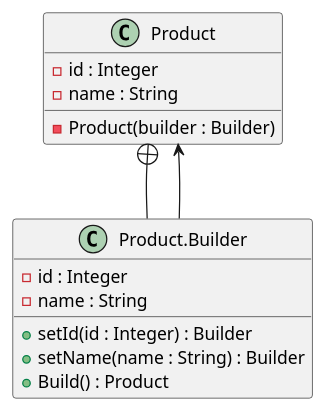
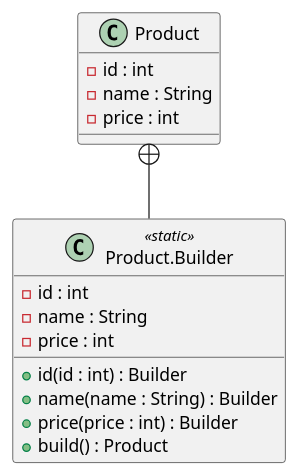
One commit to Rishikesh75/Coding changed the diagram in LLD/DesignPatterns/CreationalDesignPatterns/UMLDiagrams/BuilderDesignPattern.puml. Above: the diagram before and after it, drawn with PlantUML. The commit also changed 60 other files, not shown here.

```diff
--- a/LLD/DesignPatterns/CreationalDesignPatterns/UMLDiagrams/BuilderDesignPattern.puml
+++ b/LLD/DesignPatterns/CreationalDesignPatterns/UMLDiagrams/BuilderDesignPattern.puml
@@ -1,26 +1,18 @@
-@startuml
-
-
-class Product
-{
-    - id : Integer
+class Product {
+    - id : int
     - name : String
-
-    - Product(builder : Builder)
+    - price : int
 }
 
+class "Product.Builder" as Builder <<static>> {
+    - id : int
+    - name : String
+    - price : int
 
-class "Product.Builder" as Builder
-{
-    - id : Integer
-    - name : String
-
-    + setId(id : Integer) : Builder
-    + setName(name : String) : Builder
-    + Build() : Product
+    + id(id : int) : Builder
+    + name(name : String) : Builder
+    + price(price : int) : Builder
+    + build() : Product
 }
 
 Product +-- Builder
-Builder --> Product
-
-@enduml
```
